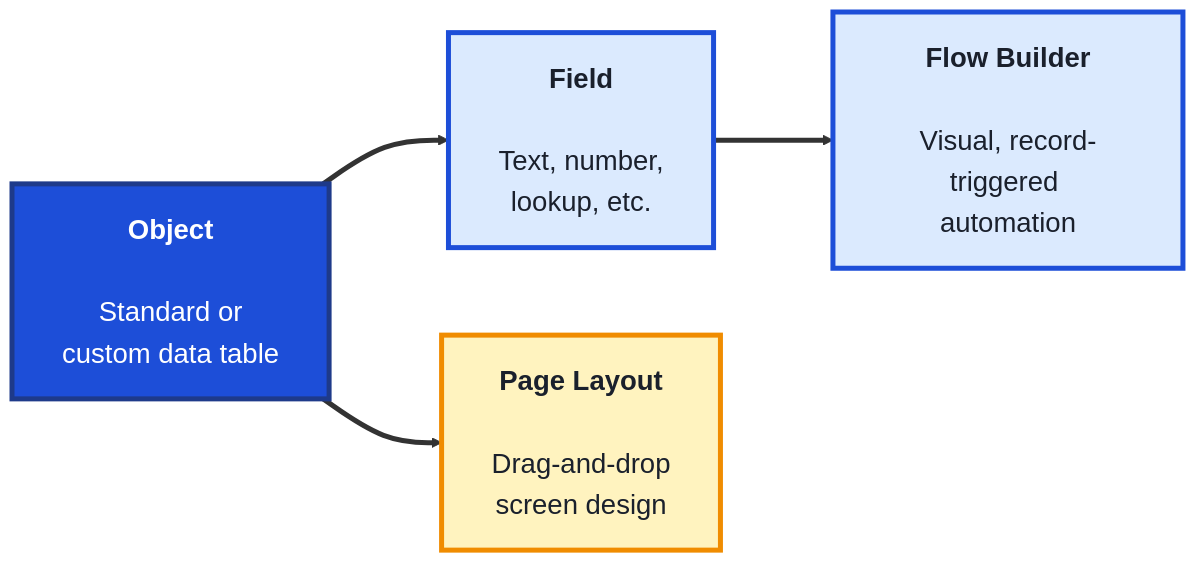
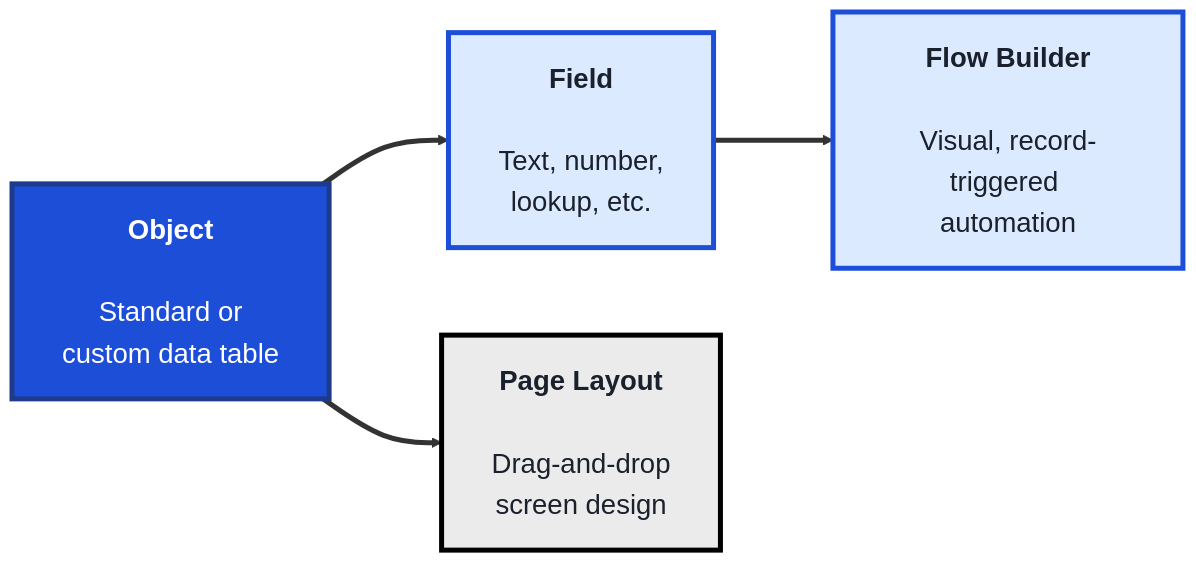
Before and after one commit to SHEMODELTECH/shemodeltech: the second of 3 diagrams in src/Pages/courses/TechArchs/crm-platforms-module.md, drawn with Mermaid. The commit also changed other lines of this file and 46 other files, not shown here.

````diff
--- a/src/Pages/courses/TechArchs/crm-platforms-module.md
+++ b/src/Pages/courses/TechArchs/crm-platforms-module.md
@@ -79,17 +79,17 @@
 ```mermaid
 %%{init: {'theme':'base', 'themeVariables': {'fontSize':'22px', 'primaryTextColor':'#1a202c', 'primaryBorderColor':'#1d4ed8', 'lineColor':'#333333'}, 'flowchart': {'nodeSpacing': 70, 'rankSpacing': 90, 'padding': 20}}}%%
 flowchart LR
     O["<b>Object</b><br/><br/>Standard or<br/>custom data table"]
     F["<b>Field</b><br/><br/>Text, number,<br/>lookup, etc."]
     FL["<b>Flow Builder</b><br/><br/>Visual, record-<br/>triggered automation"]
     PL["<b>Page Layout</b><br/><br/>Drag-and-drop<br/>screen design"]
 
     O ==> F ==> FL
     O ==> PL
 
     style O fill:#1d4ed8,color:#fff,stroke:#1e3a8a,stroke-width:4px
     style F fill:#dbeafe,color:#1a202c,stroke:#1d4ed8,stroke-width:4px
     style FL fill:#dbeafe,color:#1a202c,stroke:#1d4ed8,stroke-width:4px
-    style PL fill:#fff3bf,color:#1a202c,stroke:#f08c00,stroke-width:4px
+    style PL fill:#EBEBEB,color:#1a202c,stroke:#000000,stroke-width:4px
     linkStyle default stroke-width:4px,stroke:#333333
 ```
````
